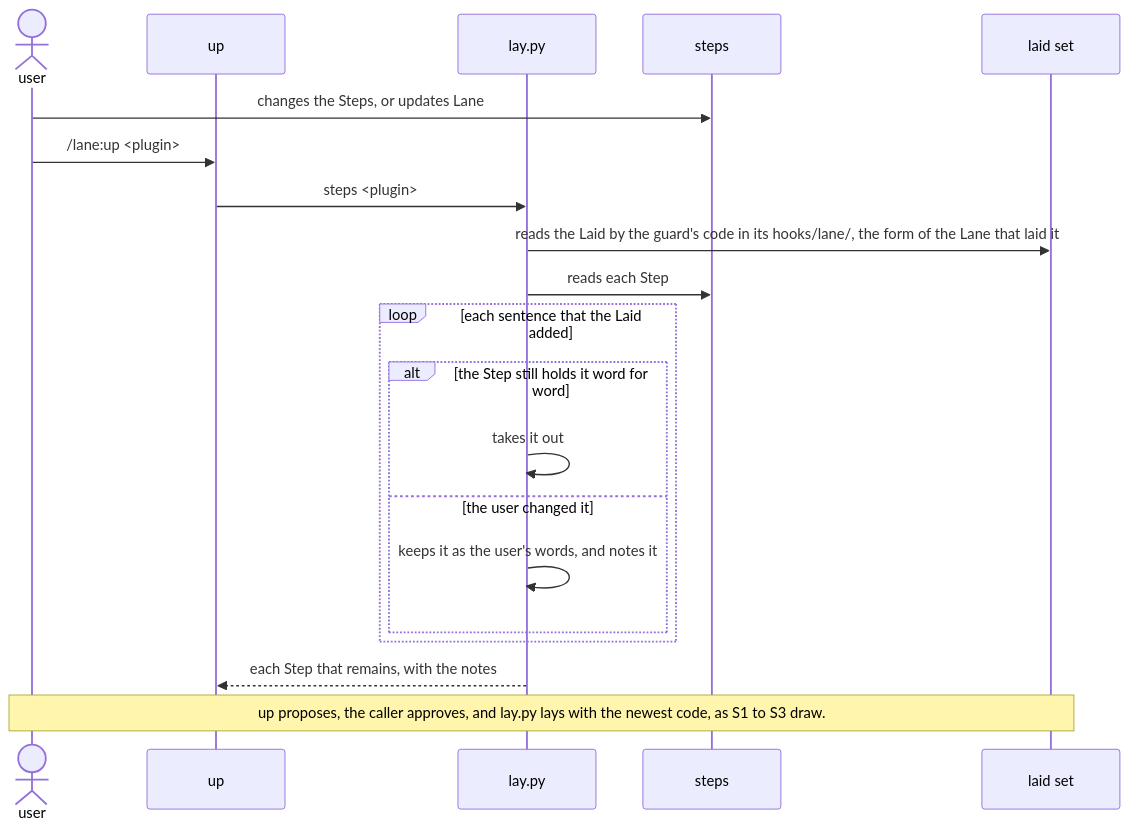
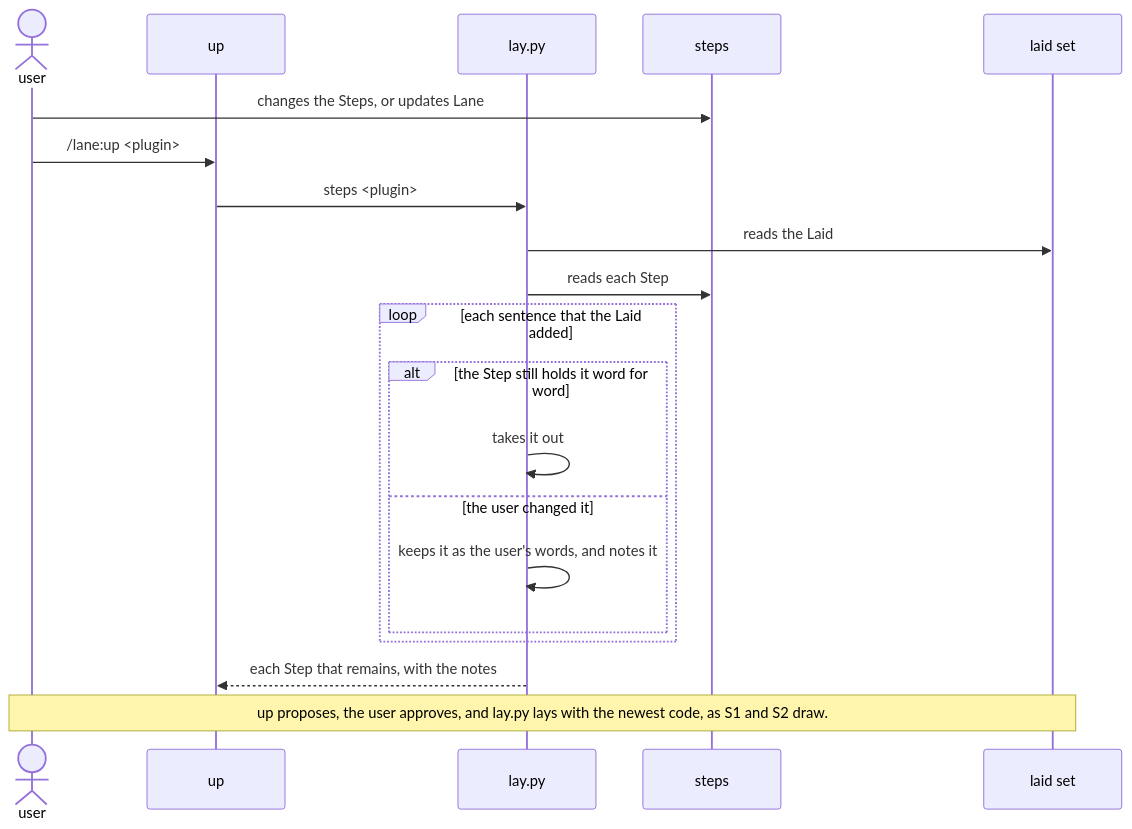
One commit to lovaizu/ccpm changed the third of 6 diagrams in dev/lane/architecture.md. Above: the diagram before and after it, drawn with Mermaid. The commit also changed other lines of this file and 4 other files, not shown here.

````diff
--- a/dev/lane/architecture.md
+++ b/dev/lane/architecture.md
@@ -357,22 +270,22 @@
 ```mermaid
 sequenceDiagram
   actor U as user
   participant UP as up
   participant L as lay.py
   participant ST as steps
   participant LS as laid set
   U->>ST: changes the Steps, or updates Lane
   U->>UP: /lane:up <plugin>
   UP->>L: steps <plugin>
-  L->>LS: reads the Laid by the guard's code in its hooks/lane/, the form of the Lane that laid it
+  L->>LS: reads the Laid
   L->>ST: reads each Step
   loop each sentence that the Laid added
     alt the Step still holds it word for word
       L->>L: takes it out
     else the user changed it
       L->>L: keeps it as the user's words, and notes it
     end
   end
   L-->>UP: each Step that remains, with the notes
-  Note over U,LS: up proposes, the caller approves, and lay.py lays with the newest code, as S1 to S3 draw.
+  Note over U,LS: up proposes, the user approves, and lay.py lays with the newest code, as S1 and S2 draw.
 ```
````
